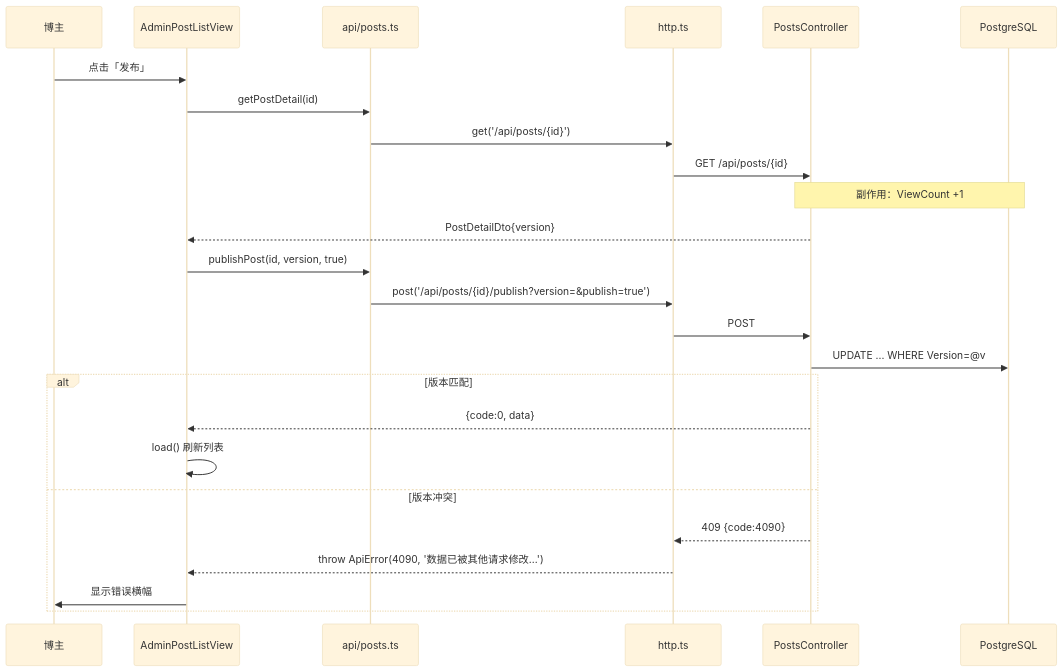
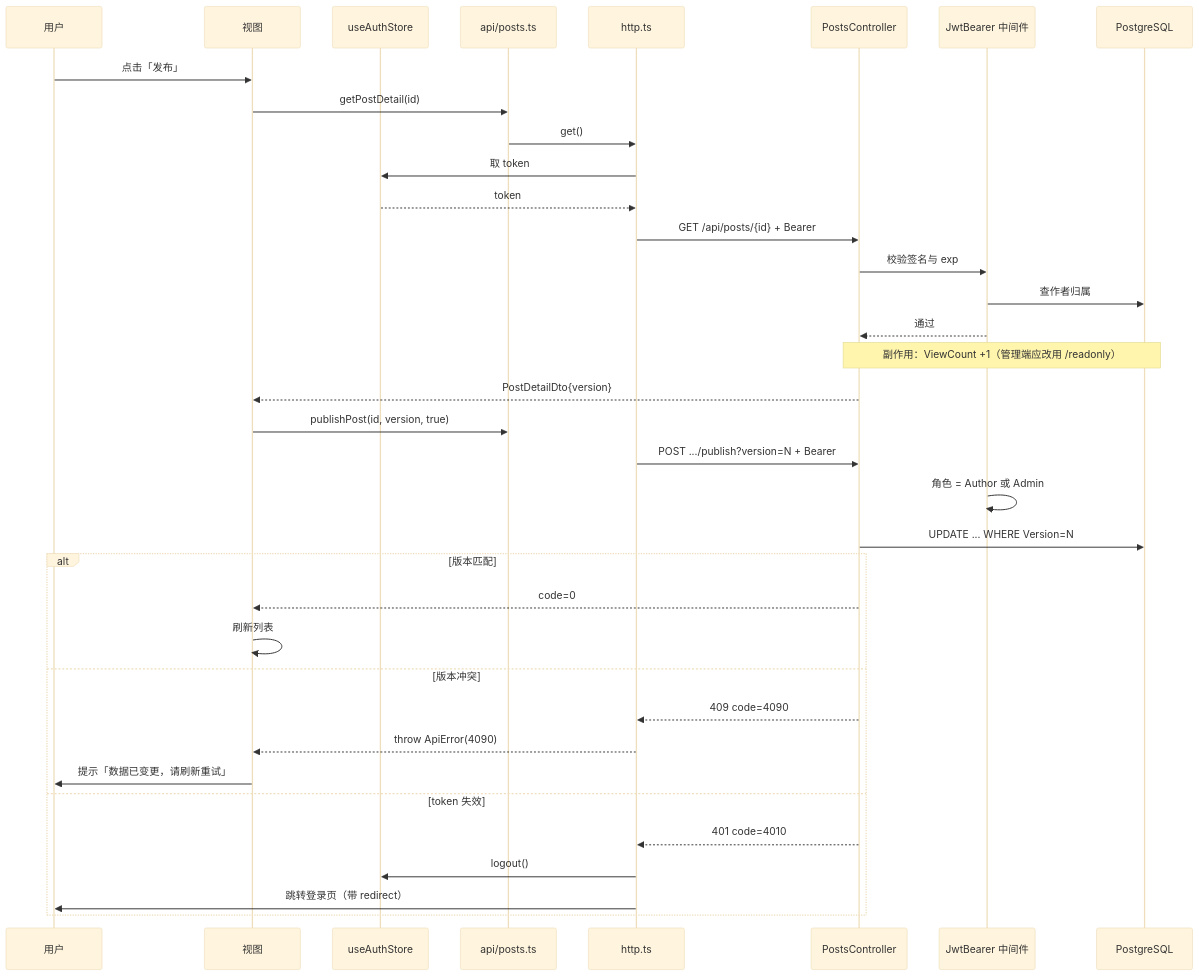
One commit to whyitsy/blog-CI-CD changed the fourth of 4 diagrams in docs/frontend.md. Above: the diagram before and after it, drawn with Mermaid (base theme). The commit also changed other lines of this file and 12 other files, not shown here.

````diff
--- a/docs/frontend.md
+++ b/docs/frontend.md
@@ -422,28 +613,39 @@
 ```mermaid
 sequenceDiagram
-  participant U as 博主
-  participant V as AdminPostListView
+  participant U as 用户
+  participant V as 视图
+  participant AS as useAuthStore
   participant API as api/posts.ts
   participant H as http.ts
   participant BE as PostsController
+  participant AU as JwtBearer 中间件
   participant PG as PostgreSQL
 
   U->>V: 点击「发布」
   V->>API: getPostDetail(id)
-  API->>H: get('/api/posts/{id}')
-  H->>BE: GET /api/posts/{id}
-  Note over BE,PG: 副作用：ViewCount +1
+  API->>H: get()
+  H->>AS: 取 token
+  AS-->>H: token
+  H->>BE: GET /api/posts/{id} + Bearer
+  BE->>AU: 校验签名与 exp
+  AU->>PG: 查作者归属
+  AU-->>BE: 通过
+  Note over BE,PG: 副作用：ViewCount +1（管理端应改用 /readonly）
   BE-->>V: PostDetailDto{version}
   V->>API: publishPost(id, version, true)
-  API->>H: post('/api/posts/{id}/publish?version=&publish=true')
-  H->>BE: POST
-  BE->>PG: UPDATE ... WHERE Version=@v
+  H->>BE: POST .../publish?version=N + Bearer
+  AU->>AU: 角色 = Author 或 Admin
+  BE->>PG: UPDATE ... WHERE Version=N
   alt 版本匹配
-    BE-->>V: {code:0, data}
-    V->>V: load() 刷新列表
+    BE-->>V: code=0
+    V->>V: 刷新列表
   else 版本冲突
-    BE-->>H: 409 {code:4090}
-    H-->>V: throw ApiError(4090, '数据已被其他请求修改...')
-    V->>U: 显示错误横幅
+    BE-->>H: 409 code=4090
+    H-->>V: throw ApiError(4090)
+    V->>U: 提示「数据已变更，请刷新重试」
+  else token 失效
+    BE-->>H: 401 code=4010
+    H->>AS: logout()
+    H->>U: 跳转登录页（带 redirect）
   end
 ```
````
